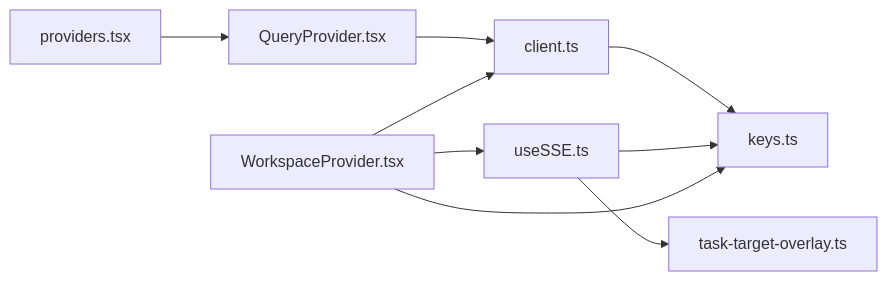
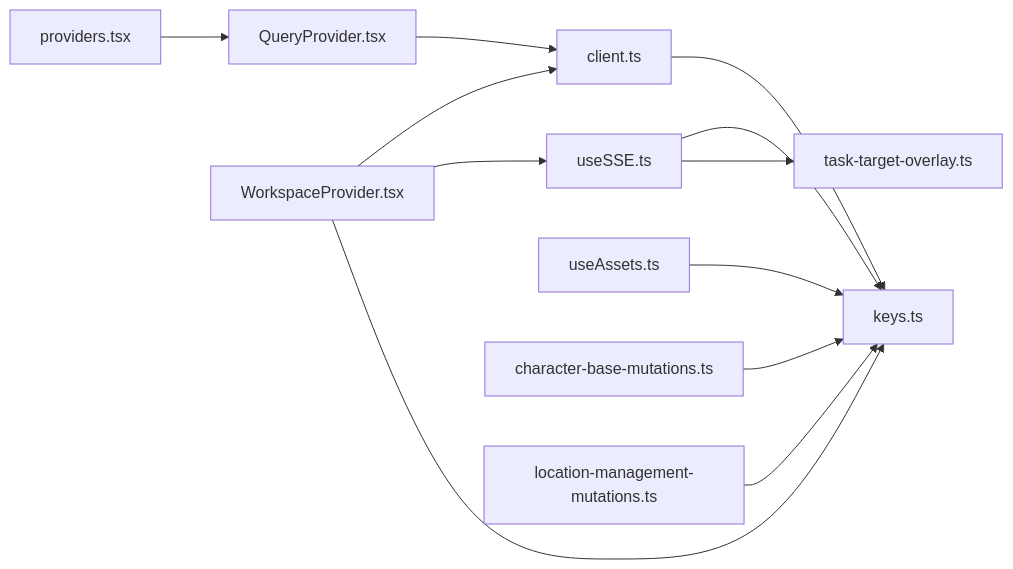
The eighth of 9 diagrams in .qoder/repowiki/zh/content/前端组件架构/状态管理.md (lyl2021/waoowaoo), drawn with Mermaid before and after one commit. The commit also changed other lines of this file and 41 other files, not shown here.

````diff
--- a/.qoder/repowiki/zh/content/前端组件架构/状态管理.md
+++ b/.qoder/repowiki/zh/content/前端组件架构/状态管理.md
@@ -269,11 +367,14 @@
 ```mermaid
 graph LR
 Providers["providers.tsx"] --> QueryProvider["QueryProvider.tsx"]
 QueryProvider --> QueryClient["client.ts"]
 QueryClient --> QueryKeys["keys.ts"]
 useSSE["useSSE.ts"] --> QueryKeys
 useSSE --> Overlay["task-target-overlay.ts"]
 Workspace["WorkspaceProvider.tsx"] --> QueryClient
 Workspace --> useSSE
 Workspace --> QueryKeys
+Assets["useAssets.ts"] --> QueryKeys
+CharacterMutations["character-base-mutations.ts"] --> QueryKeys
+LocationMutations["location-management-mutations.ts"] --> QueryKeys
 ```
````
